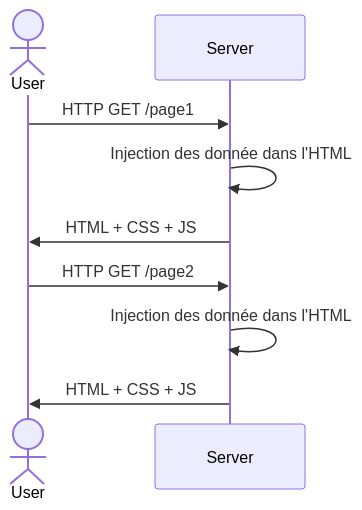
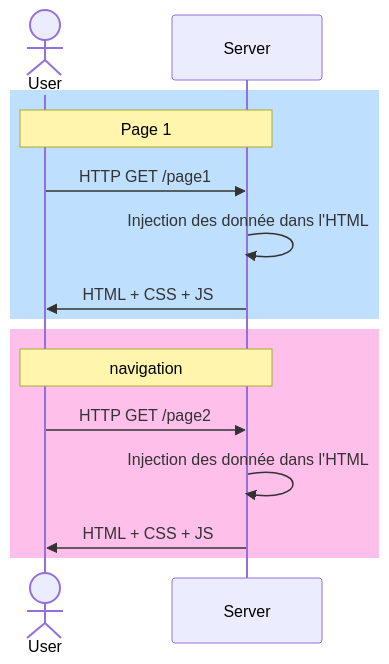
Diagram 22 of 23 in public/slides_content/react.md (FBerthelot/berthelot.io), drawn with Mermaid before and after one commit. The commit also changed other lines of this file, not shown here.

````diff
--- a/public/slides_content/react.md
+++ b/public/slides_content/react.md
@@ -2399,13 +2570,19 @@
 ```mermaid
 sequenceDiagram
     actor U as User
     participant S as Server
 
-    U->>S: HTTP GET /page1
-    S->>S: Injection des donnée dans l'HTML
-    S->>U: HTML + CSS + JS
+    rect rgb(191, 223, 255)
+    note over U,S: Page 1
+      U->>S: HTTP GET /page1
+      S->>S: Injection des donnée dans l'HTML
+      S->>U: HTML + CSS + JS
+    end
 
-    U->>S: HTTP GET /page2
-    S->>S: Injection des donnée dans l'HTML
-    S->>U: HTML + CSS + JS
+    rect rgba(255, 191, 235, 1)
+    note over U,S: navigation
+      U->>S: HTTP GET /page2
+      S->>S: Injection des donnée dans l'HTML
+      S->>U: HTML + CSS + JS
+    end
 ```
````
